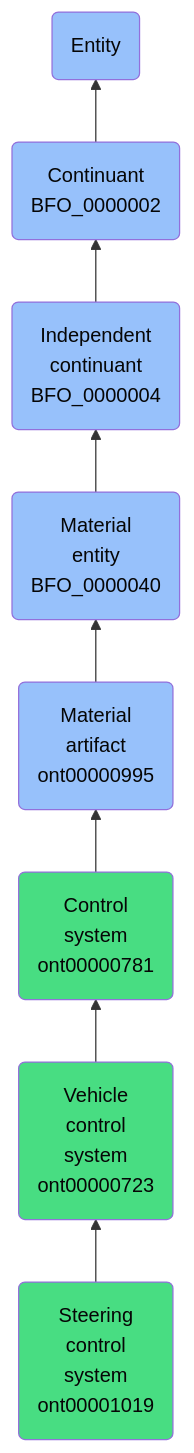
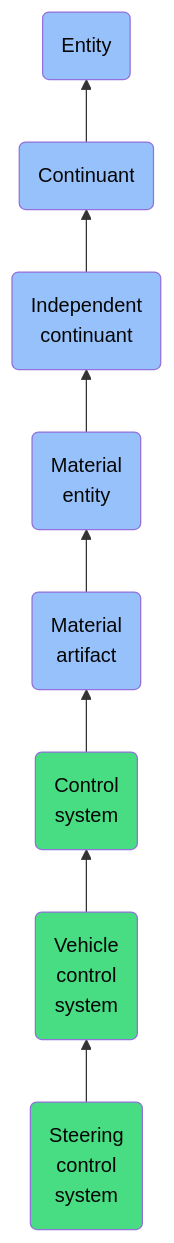
One commit to jupyter-naas/abi changed the diagram in docs/ontology/reference/model/Entity/Continuant/Independent continuant/Material entity/Material artifact/Control system/Vehicle control system/Steering control system/Steering control system.md. Above: the diagram before and after it, drawn with Mermaid. The commit also changed other lines of this file and 1430 other files, not shown here.

````diff
--- a/docs/ontology/reference/model/Entity/Continuant/Independent continuant/Material entity/Material artifact/Control system/Vehicle control system/Steering control system/Steering control system.md
+++ b/docs/ontology/reference/model/Entity/Continuant/Independent continuant/Material entity/Material artifact/Control system/Vehicle control system/Steering control system/Steering control system.md
@@ -24,15 +24,15 @@
 ```mermaid
 graph BT
-    ont00001019(Steering<br>control<br>system<br>ont00001019):::ABI-->ont00000723
-    ont00000723(Vehicle<br>control<br>system<br>ont00000723):::ABI-->ont00000781
-    ont00000781(Control<br>system<br>ont00000781):::ABI-->ont00000995
-    ont00000995(Material<br>artifact<br>ont00000995):::BFO-->BFO_0000040
-    BFO_0000040(Material<br>entity<br>BFO_0000040):::BFO-->BFO_0000004
-    BFO_0000004(Independent<br>continuant<br>BFO_0000004):::BFO-->BFO_0000002
-    BFO_0000002(Continuant<br>BFO_0000002):::BFO-->BFO_0000001
+    ont00001019(Steering<br>control<br>system):::ABI-->ont00000723
+    ont00000723(Vehicle<br>control<br>system):::ABI-->ont00000781
+    ont00000781(Control<br>system):::ABI-->ont00000995
+    ont00000995(Material<br>artifact):::BFO-->BFO_0000040
+    BFO_0000040(Material<br>entity):::BFO-->BFO_0000004
+    BFO_0000004(Independent<br>continuant):::BFO-->BFO_0000002
+    BFO_0000002(Continuant):::BFO-->BFO_0000001
     BFO_0000001(Entity):::BFO
     
     classDef BFO fill:#97c1fb,color:#060606
     classDef CCO fill:#e4c51e,color:#060606
     classDef ABI fill:#48DD82,color:#060606
 ```
````
